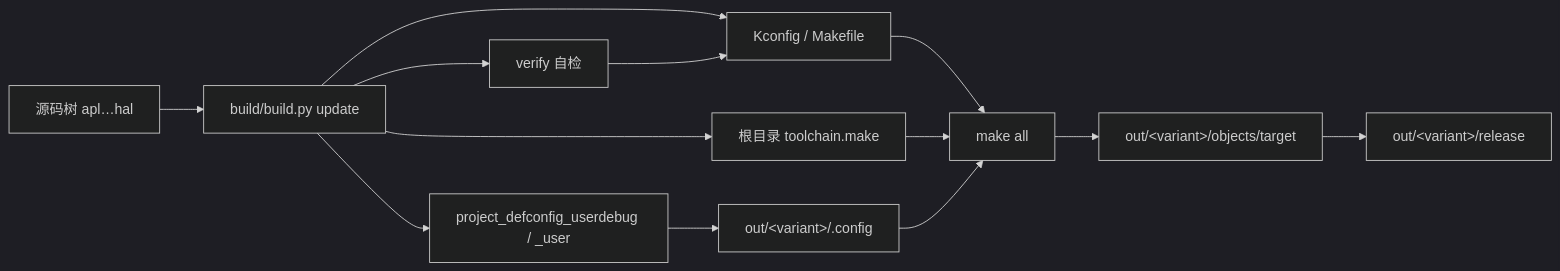
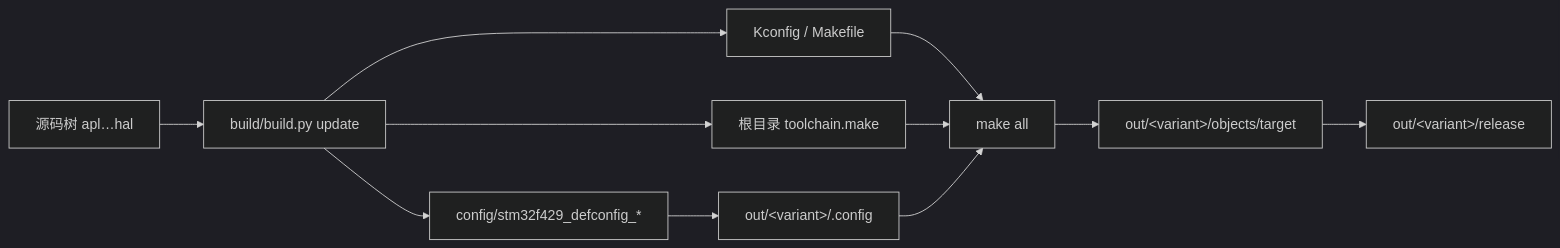
One commit to wanglinchen/stm32_freertos changed the second of 3 diagrams in .skills/工程规格.md. Above: the diagram before and after it, drawn with Mermaid (dark theme). The commit also changed other lines of this file and 152 other files, not shown here.

````diff
--- a/.skills/工程规格.md
+++ b/.skills/工程规格.md
@@ -133,15 +159,13 @@
 ```mermaid
 flowchart LR
     SRC[源码树 apl…hal] --> UP["build/build.py update"]
     UP --> KC[Kconfig / Makefile]
     UP --> TM["根目录 toolchain.make"]
-    UP --> DC[project_defconfig_userdebug / _user]
+    UP --> DC[config/stm32f429_defconfig_*]
     DC --> CFG[out/&lt;variant&gt;/.config]
-    UP --> VF[verify 自检]
-    VF --> KC
     KC --> MK[make all]
     TM --> MK
     CFG --> MK
     MK --> ART["out/&lt;variant&gt;/objects/target"]
     ART --> REL["out/&lt;variant&gt;/release"]
 ```
````
